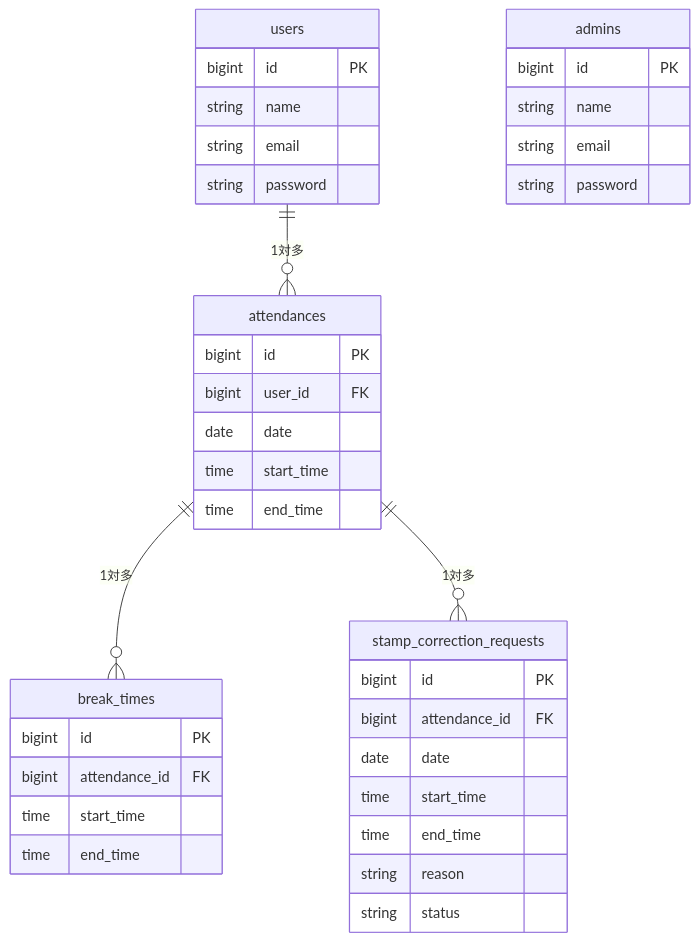
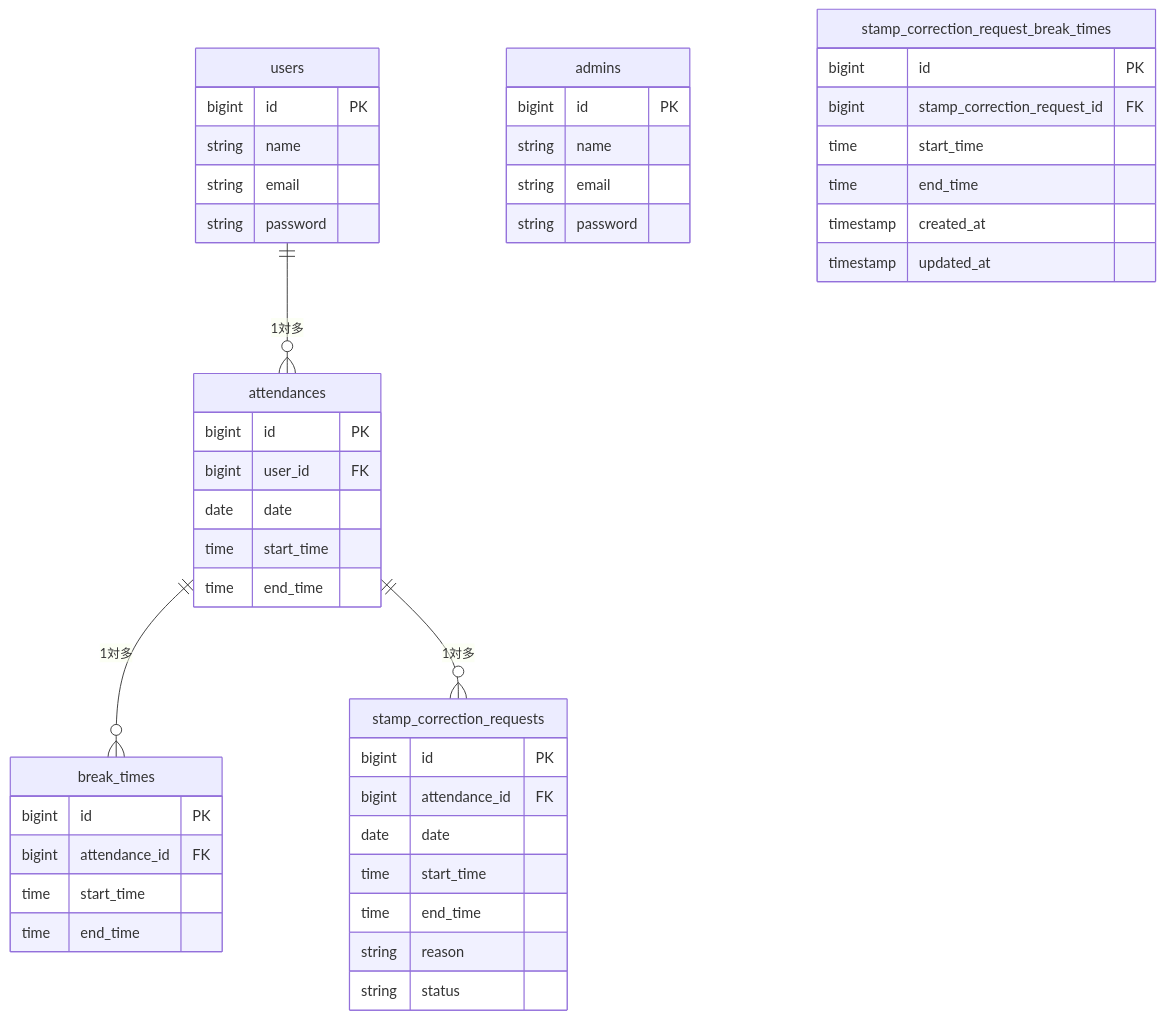
Before and after one commit to megumi2233/attendance-app: the diagram in README.md, drawn with Mermaid.

Commit message:
Add stamp_correction_request_break_times structure

````diff
--- a/README.md
+++ b/README.md
@@ -250,42 +250,50 @@
 ```mermaid
 erDiagram
     users ||--o{ attendances : "1対多"
     attendances ||--o{ break_times : "1対多"
     attendances ||--o{ stamp_correction_requests : "1対多"
 
     users {
         bigint id PK
         string name
         string email
         string password
     }
     admins {
         bigint id PK
         string name
         string email
         string password
     }
     attendances {
         bigint id PK
         bigint user_id FK
         date date
         time start_time
         time end_time
     }
     break_times {
         bigint id PK
         bigint attendance_id FK
         time start_time
         time end_time
     }
     stamp_correction_requests {
         bigint id PK
         bigint attendance_id FK
         date date
         time start_time
         time end_time
         string reason
         string status
     }
+ 　　stamp_correction_request_break_times {
+        bigint id PK
+        bigint stamp_correction_request_id FK
+        time start_time
+        time end_time
+        timestamp created_at
+        timestamp updated_at
+　　 }
 
 ```
````
